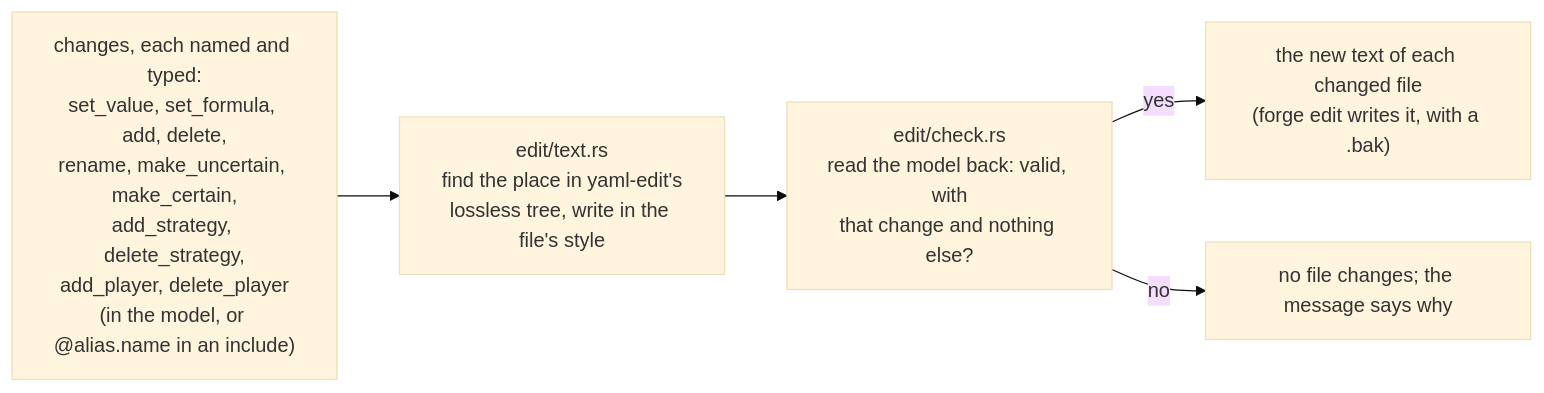
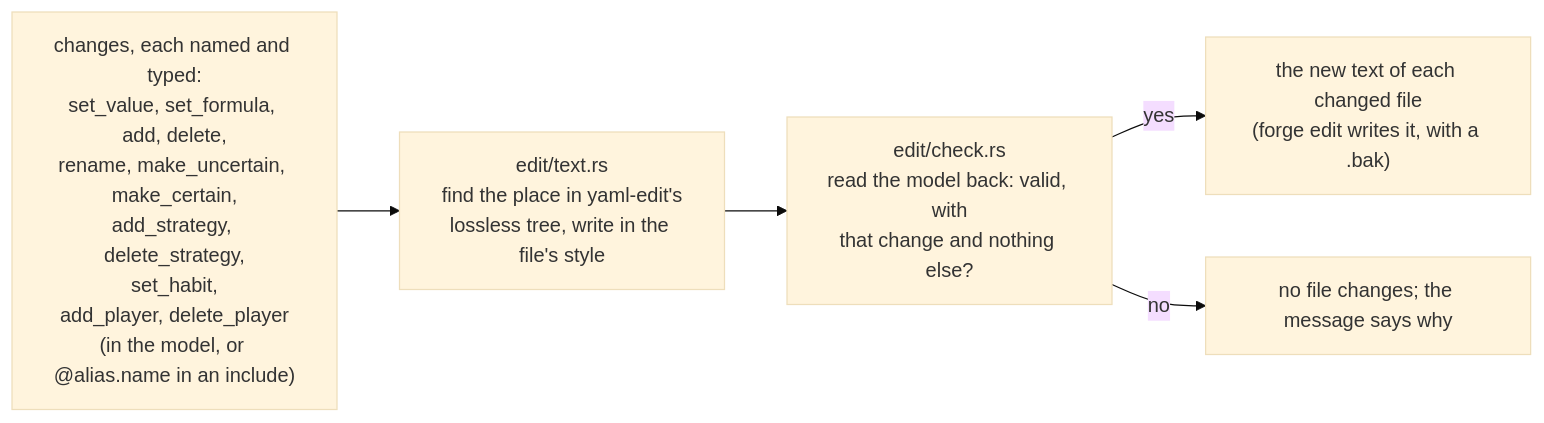
The fifth of 5 diagrams in docs/architecture/02-DATA-MODEL.md (mollendorff-ai/forge), drawn with Mermaid (base theme) before and after one commit. The commit also changed other lines of this file and 14 other files, not shown here.

First line of the commit message:
set_habit: change the habit a tournament's player plays, in edit and on the card

````diff
--- a/docs/architecture/02-DATA-MODEL.md
+++ b/docs/architecture/02-DATA-MODEL.md
@@ -249,7 +249,7 @@
 ```mermaid
 flowchart LR
-    req["changes, each named and typed:<br/>set_value, set_formula, add, delete,<br/>rename, make_uncertain, make_certain,<br/>add_strategy, delete_strategy,<br/>add_player, delete_player<br/>(in the model, or @alias.name in an include)"] --> text["edit/text.rs<br/>find the place in yaml-edit's<br/>lossless tree, write in the file's style"]
+    req["changes, each named and typed:<br/>set_value, set_formula, add, delete,<br/>rename, make_uncertain, make_certain,<br/>add_strategy, delete_strategy,<br/>set_habit,<br/>add_player, delete_player<br/>(in the model, or @alias.name in an include)"] --> text["edit/text.rs<br/>find the place in yaml-edit's<br/>lossless tree, write in the file's style"]
     text --> check["edit/check.rs<br/>read the model back: valid, with<br/>that change and nothing else?"]
     check -- yes --> out["the new text of each changed file<br/>(forge edit writes it, with a .bak)"]
     check -- no --> none["no file changes; the message says why"]
 ```
````
